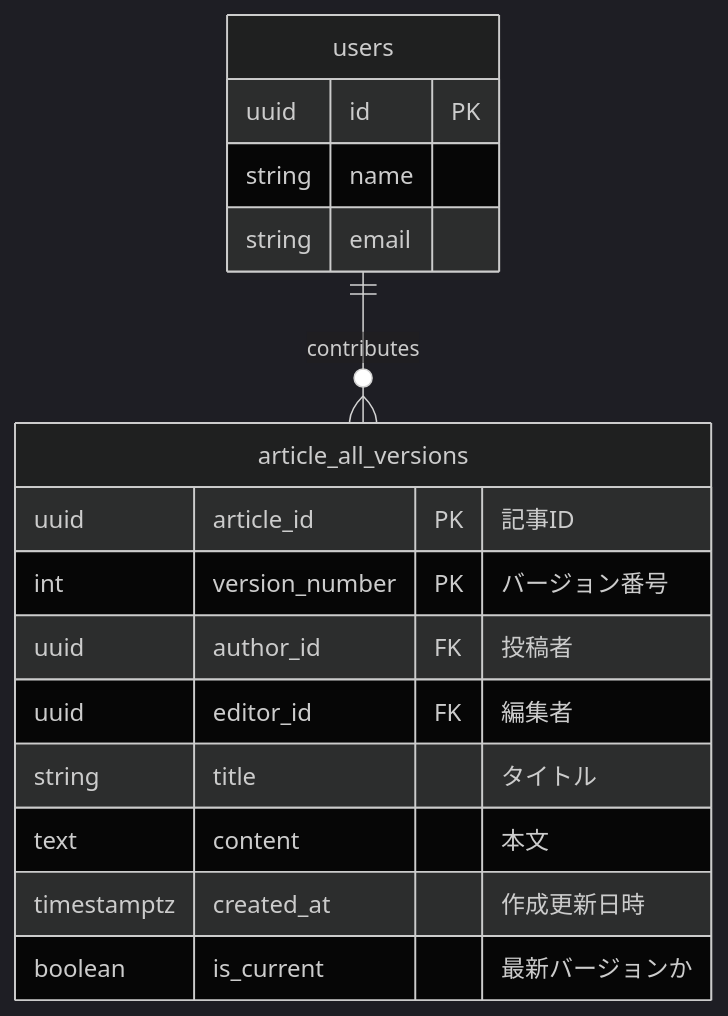
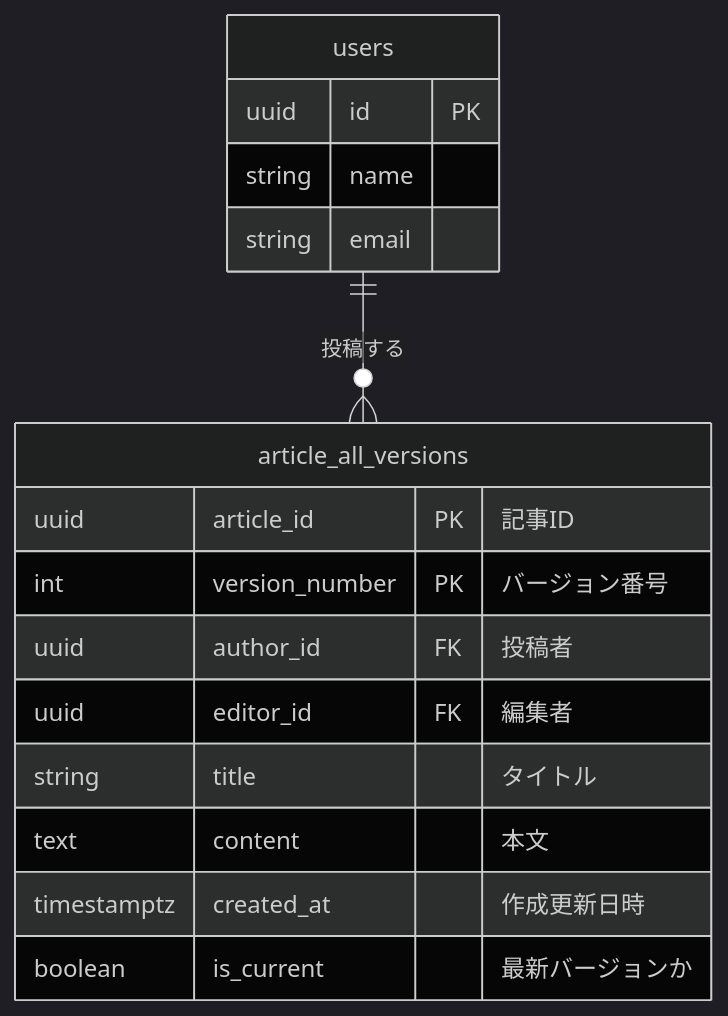
The diagram in db_modeling5/issue2.md (speeed131/p_issues), drawn with Mermaid (dark theme) before and after one commit. The commit also changed 1 other file, not shown here.

Commit message:
:pencil2: Fix: 文字列認識されていないため修正

````diff
--- a/db_modeling5/issue2.md
+++ b/db_modeling5/issue2.md
@@ -31,20 +31,20 @@
 ```mermaid
 erDiagram
     users {
         uuid id PK
         string name
         string email
     }
     article_all_versions {
         uuid        article_id          PK "記事ID"
         int         version_number      PK "バージョン番号"
         uuid        author_id           FK "投稿者"
         uuid        editor_id           FK "編集者"
         string      title               "タイトル"
         text        content             "本文"
         timestamptz created_at          "作成更新日時"
         boolean     is_current  "最新バージョンか"
     }
 
-    users ||--o{ article_all_versions : contributes
+    users ||--o{ article_all_versions : "投稿する"
 ```
````
